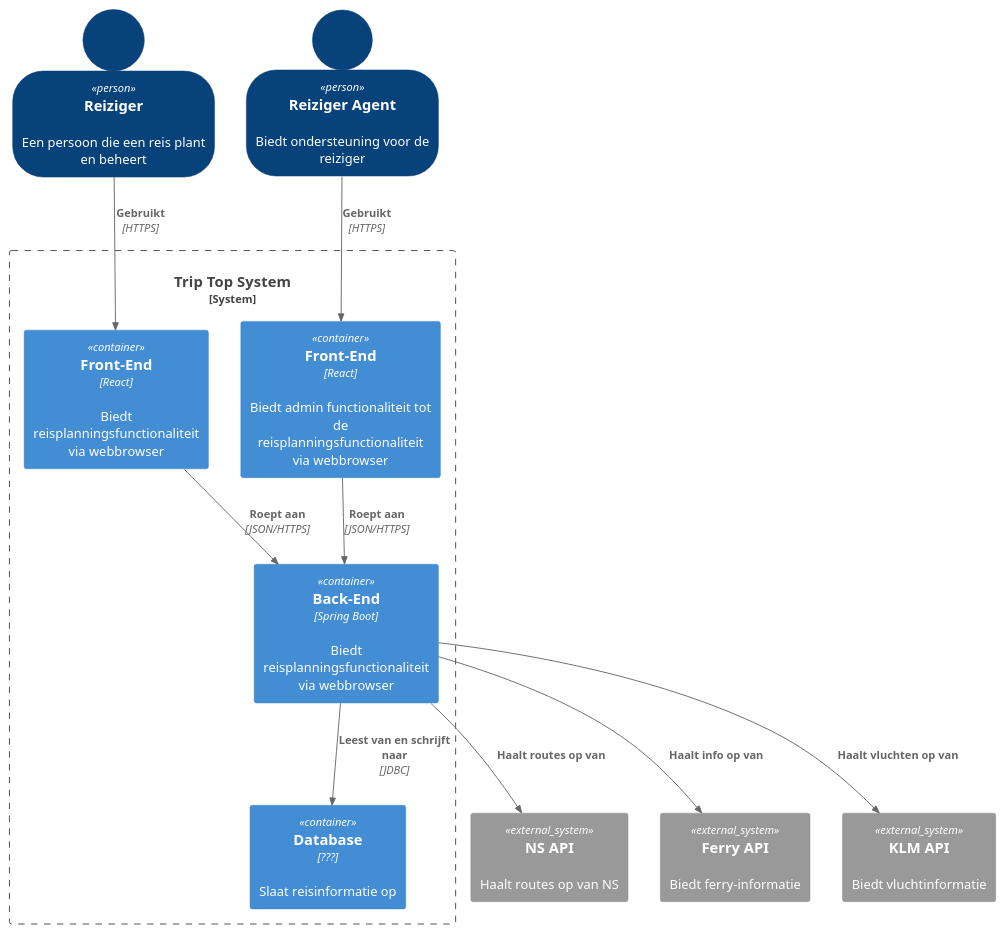
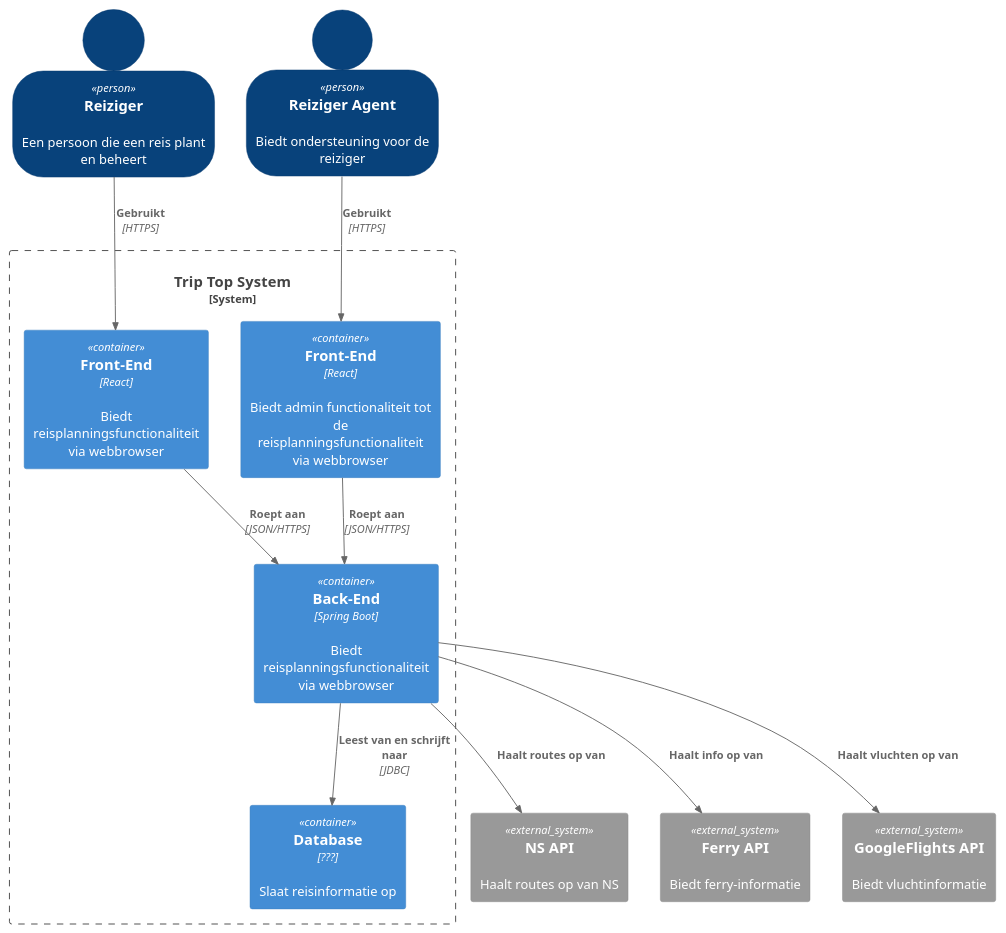
One commit to AIM-ENE-feb25/triptop-sqr-tech changed the diagram in W3/Diagrammen/ContainerD/RickContainerDiagram.puml. Above: the diagram before and after it, drawn with PlantUML. The commit also changed 8 other files, not shown here.

```diff
--- a/W3/Diagrammen/ContainerD/RickContainerDiagram.puml
+++ b/W3/Diagrammen/ContainerD/RickContainerDiagram.puml
@@ -1,31 +1,31 @@
 @startuml
 !include https://raw.githubusercontent.com/plantuml-stdlib/C4-PlantUML/master/C4_Container.puml
 
 SHOW_PERSON_OUTLINE()
 Person(reiziger, "Reiziger", "Een persoon die een reis plant en beheert")
 Person(reizigerA, "Reiziger Agent", "Biedt ondersteuning voor de reiziger")
 
 System_Boundary(tts, "Trip Top System") {
     Container(fe, "Front-End", "React", "Biedt reisplanningsfunctionaliteit via webbrowser")
     Container(fea, "Front-End", "React", "Biedt admin functionaliteit tot de reisplanningsfunctionaliteit via webbrowser")
 
     Container(be, "Back-End", "Spring Boot", "Biedt reisplanningsfunctionaliteit via webbrowser")
 
     Container(db, "Database", "???", "Slaat reisinformatie op")
 }
 
 Rel(reiziger, fe, "Gebruikt", "HTTPS")
 Rel(reizigerA, fea, "Gebruikt", "HTTPS")
 Rel(fe, be, "Roept aan", "JSON/HTTPS")
 Rel(fea, be, "Roept aan", "JSON/HTTPS")
 Rel(be, db, "Leest van en schrijft naar", "JDBC")
 
 System_Ext(nsapi, "NS API", "Haalt routes op van NS")
 System_Ext(ferryapi, "Ferry API", "Biedt ferry-informatie")
-System_Ext(klmapi, "KLM API", "Biedt vluchtinformatie")
+System_Ext(GoogleFlightapi, "GoogleFlights API", "Biedt vluchtinformatie")
 
 Rel(be, nsapi, "Haalt routes op van")
 Rel(be, ferryapi, "Haalt info op van")
-Rel(be, klmapi, "Haalt vluchten op van")
+Rel(be, GoogleFlightapi, "Haalt vluchten op van")
 
 @enduml
```
